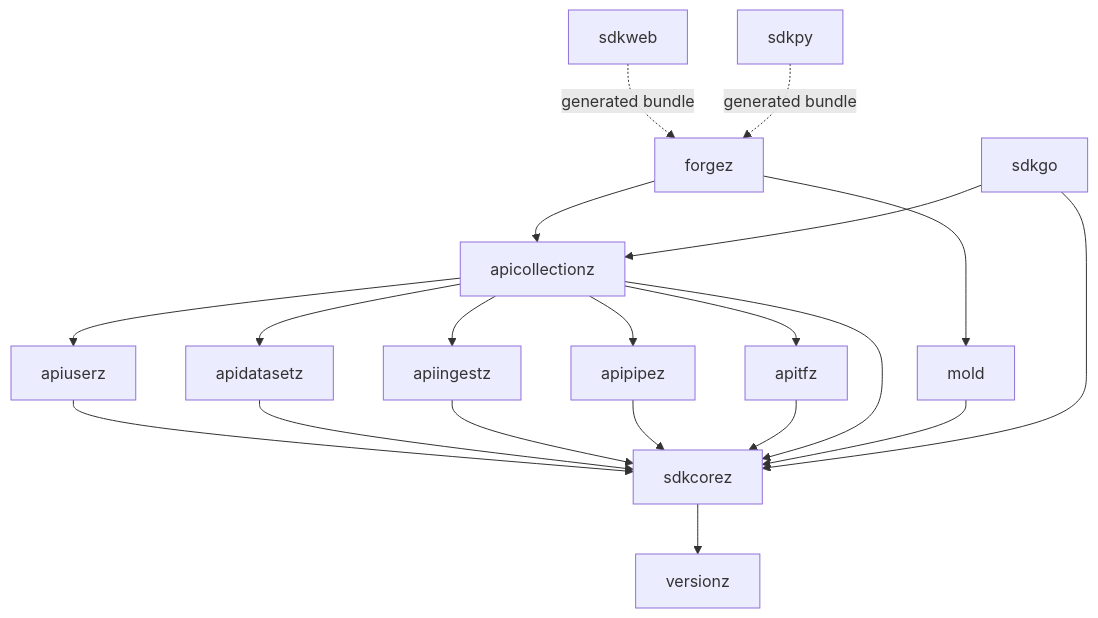
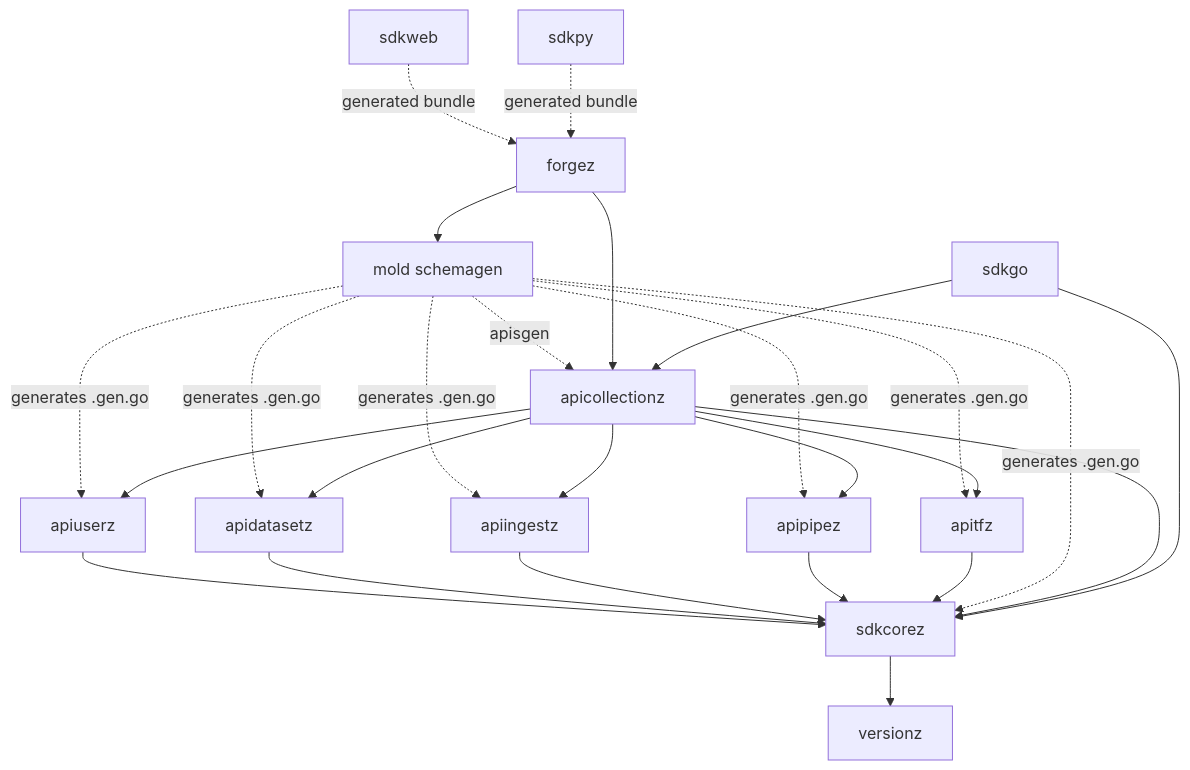
Before and after one commit to infinity6-ai/i6sdk: the diagram in README.md, drawn with Mermaid. The commit also changed other lines of this file, not shown here.

````diff
--- a/README.md
+++ b/README.md
@@ -32,32 +31,40 @@
 ```mermaid
 graph TD
     Version[versionz]
     Core[sdkcorez] --> Version
 
     %% Service APIs
     User[apiuserz] --> Core
     Dataset[apidatasetz] --> Core
     Ingest[apiingestz] --> Core
     Pipe[apipipez] --> Core
     TF[apitfz] --> Core
 
+    %% Schema Generation (mold)
+    Mold[mold schemagen] -. "generates .gen.go" .-> User
+    Mold -. "generates .gen.go" .-> Dataset
+    Mold -. "generates .gen.go" .-> Ingest
+    Mold -. "generates .gen.go" .-> Pipe
+    Mold -. "generates .gen.go" .-> TF
+    Mold -. "generates .gen.go" .-> Core
+
     %% Catalog Collection
     Collection[apicollectionz] --> User
     Collection --> Dataset
     Collection --> Ingest
     Collection --> Pipe
     Collection --> TF
     Collection --> Core
+    Mold -. "apisgen" .-> Collection
 
     %% Generators & Tooling
-    Mold[mold] --> Core
     Forge[forgez] --> Collection
     Forge --> Mold
 
     %% Client SDKs
     GoSDK[sdkgo] --> Collection
     GoSDK --> Core
 
     WebSDK[sdkweb] -. "generated bundle" .-> Forge
     PySDK[sdkpy] -. "generated bundle" .-> Forge
 ```
````
